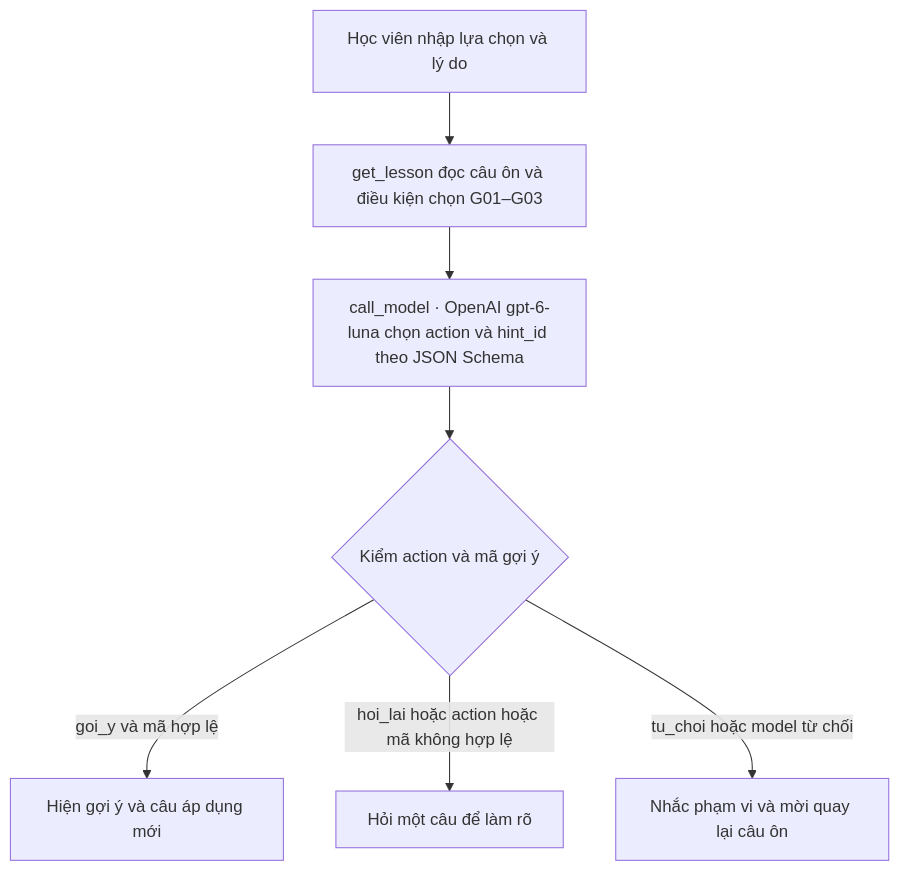
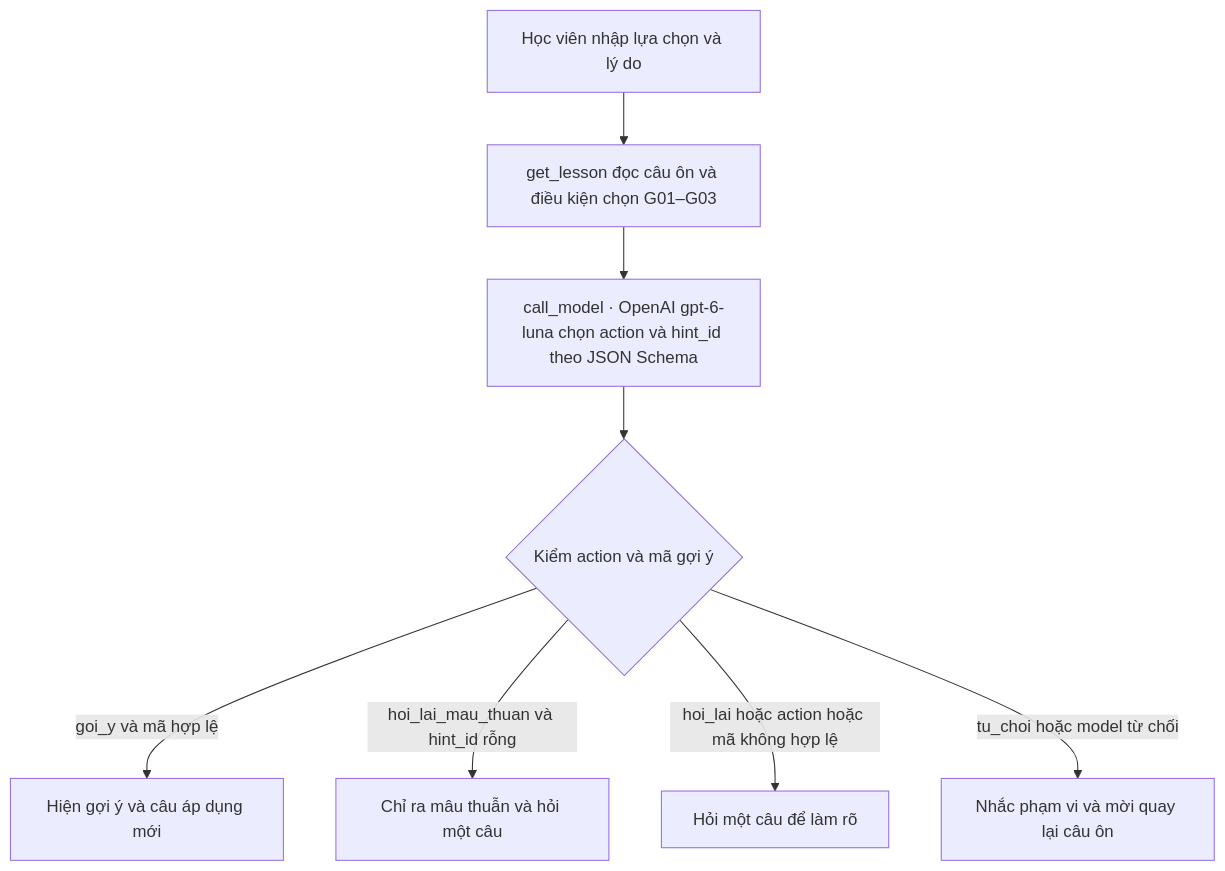
One commit to KN-16/K5-Day15-L3B-Phoenix_2 changed the diagram in spec.md. Above: the diagram before and after it, drawn with Mermaid. The commit also changed other lines of this file and 14 other files, not shown here.

````diff
--- a/spec.md
+++ b/spec.md
@@ -42,9 +42,10 @@
   ```mermaid
   flowchart TD
       A["Học viên nhập lựa chọn và lý do"] --> B["get_lesson đọc câu ôn và điều kiện chọn G01–G03"]
       B --> C["call_model · OpenAI gpt-6-luna chọn action và hint_id theo JSON Schema"]
       C --> D{"Kiểm action và mã gợi ý"}
       D -->|"goi_y và mã hợp lệ"| E["Hiện gợi ý và câu áp dụng mới"]
+      D -->|"hoi_lai_mau_thuan và hint_id rỗng"| H["Chỉ ra mâu thuẫn và hỏi một câu"]
       D -->|"hoi_lai hoặc action hoặc mã không hợp lệ"| F["Hỏi một câu để làm rõ"]
       D -->|"tu_choi hoặc model từ chối"| G["Nhắc phạm vi và mời quay lại câu ôn"]
   ```
````
